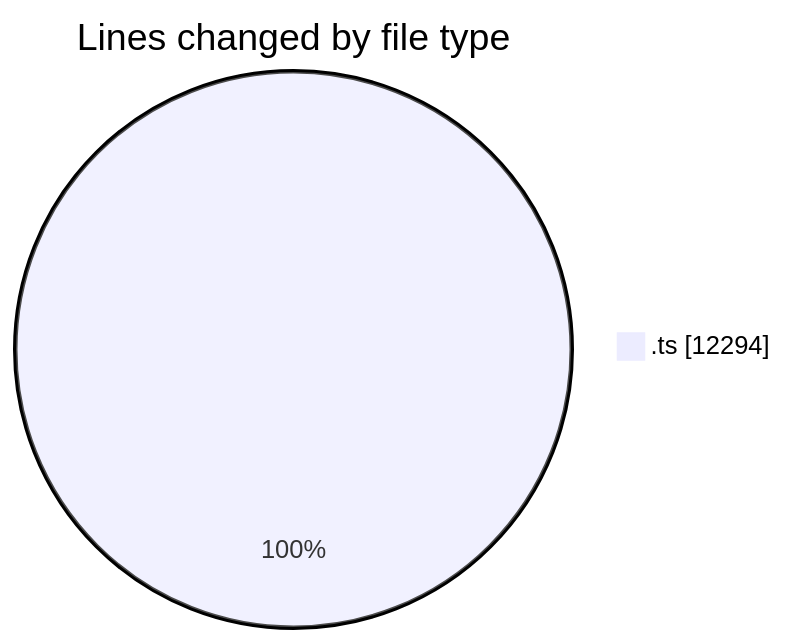
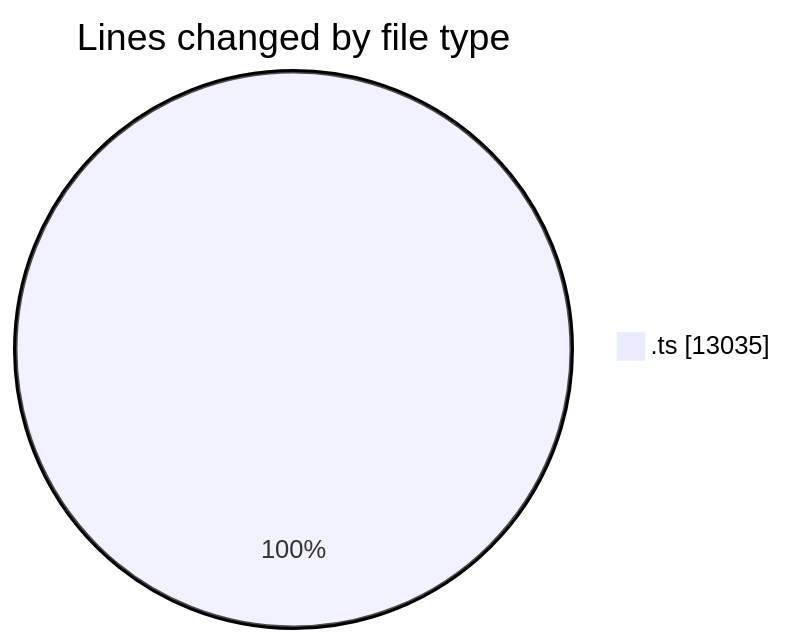
The first of 2 diagrams in 2025-07-31/cda/README.md (momahboobian/code-tracking), drawn with Mermaid before and after one commit. The commit also changed other lines of this file and 1 other file, not shown here.

````diff
--- a/2025-07-31/cda/README.md
+++ b/2025-07-31/cda/README.md
@@ -22,5 +22,5 @@
 ```mermaid
 pie showData
 title Lines changed by file type
-".ts" : 12294
+".ts" : 13035
 ```
````
